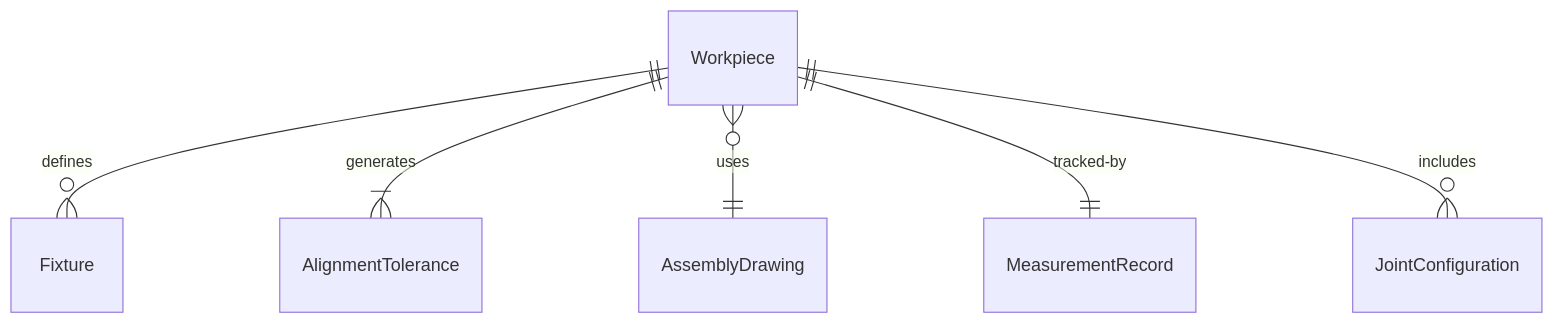
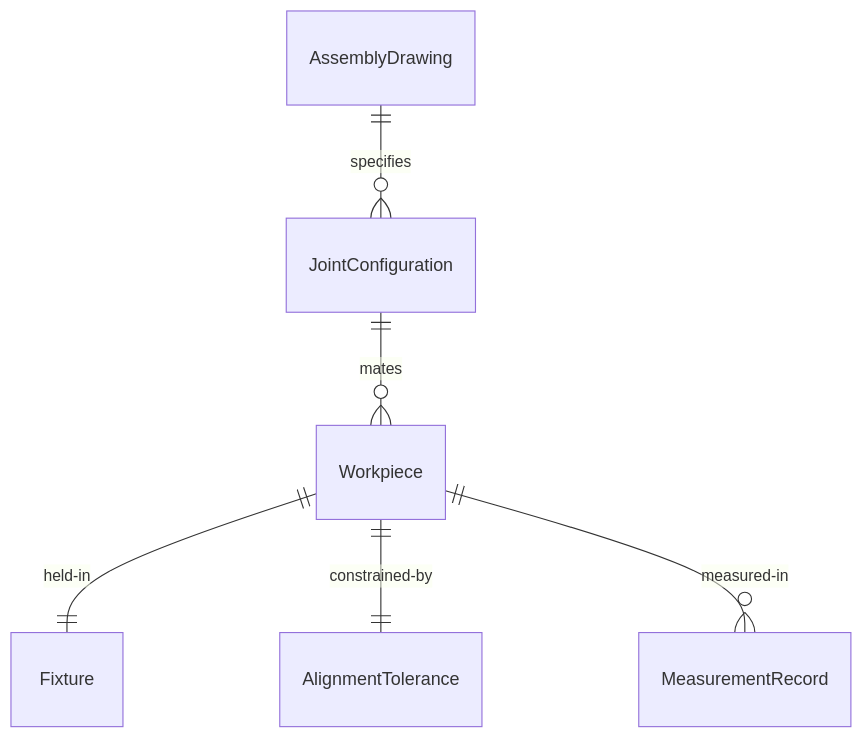
Before and after one commit to dot-org-ai/tasks.org.ai: the first of 4 diagrams in HandlingAndMovingObjects/PositionMaterialsOrComponentsForAssembly/AlignPartsWorkpiecesEnsureProper.mdx, drawn with Mermaid. The commit also changed other lines of this file and 515 other files, not shown here.

````diff
--- a/HandlingAndMovingObjects/PositionMaterialsOrComponentsForAssembly/AlignPartsWorkpiecesEnsureProper.mdx
+++ b/HandlingAndMovingObjects/PositionMaterialsOrComponentsForAssembly/AlignPartsWorkpiecesEnsureProper.mdx
@@ -86,8 +86,8 @@
 ```mermaid
 erDiagram
-    Workpiece ||--o{ Fixture : "defines"
-    Workpiece ||--|{ AlignmentTolerance : "generates"
-    Workpiece }o--|| AssemblyDrawing : "uses"
-    Workpiece ||--|| MeasurementRecord : "tracked-by"
-    Workpiece ||--o{ JointConfiguration : "includes"
+    AssemblyDrawing ||--o{ JointConfiguration : "specifies"
+    Workpiece ||--|| Fixture : "held-in"
+    Workpiece ||--|| AlignmentTolerance : "constrained-by"
+    Workpiece ||--o{ MeasurementRecord : "measured-in"
+    JointConfiguration ||--o{ Workpiece : "mates"
 ```
````
